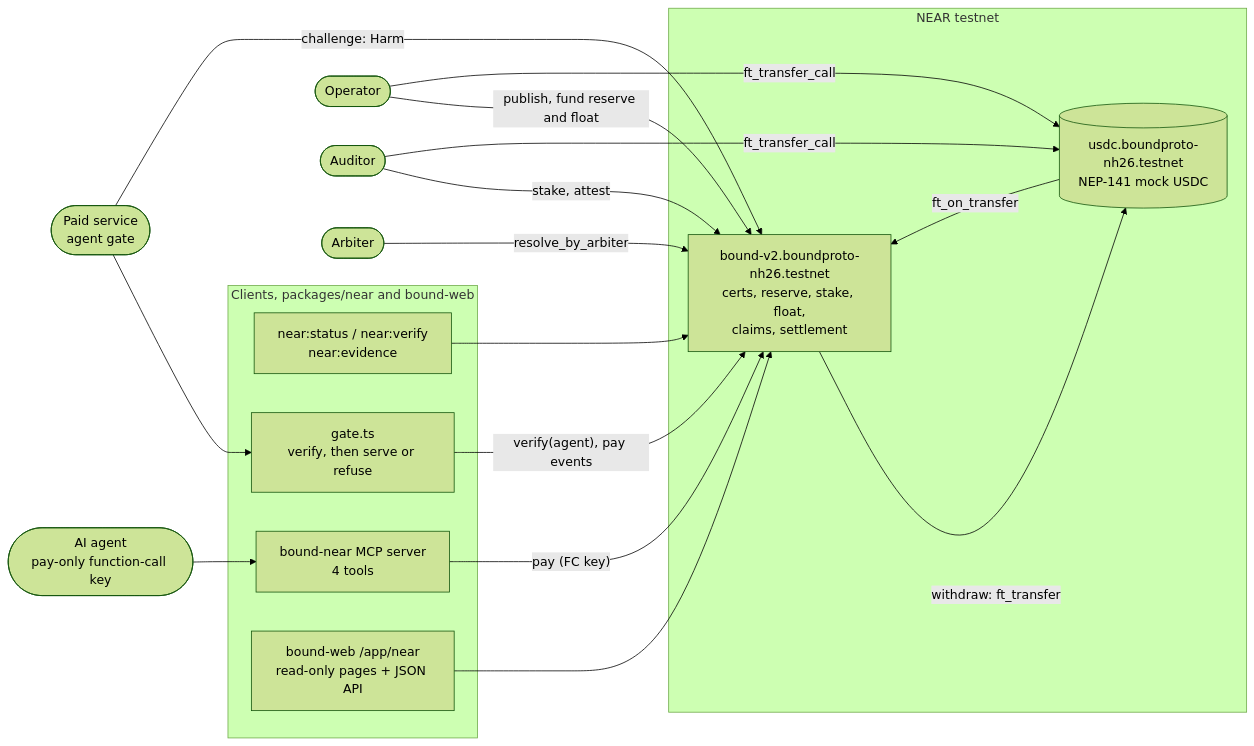
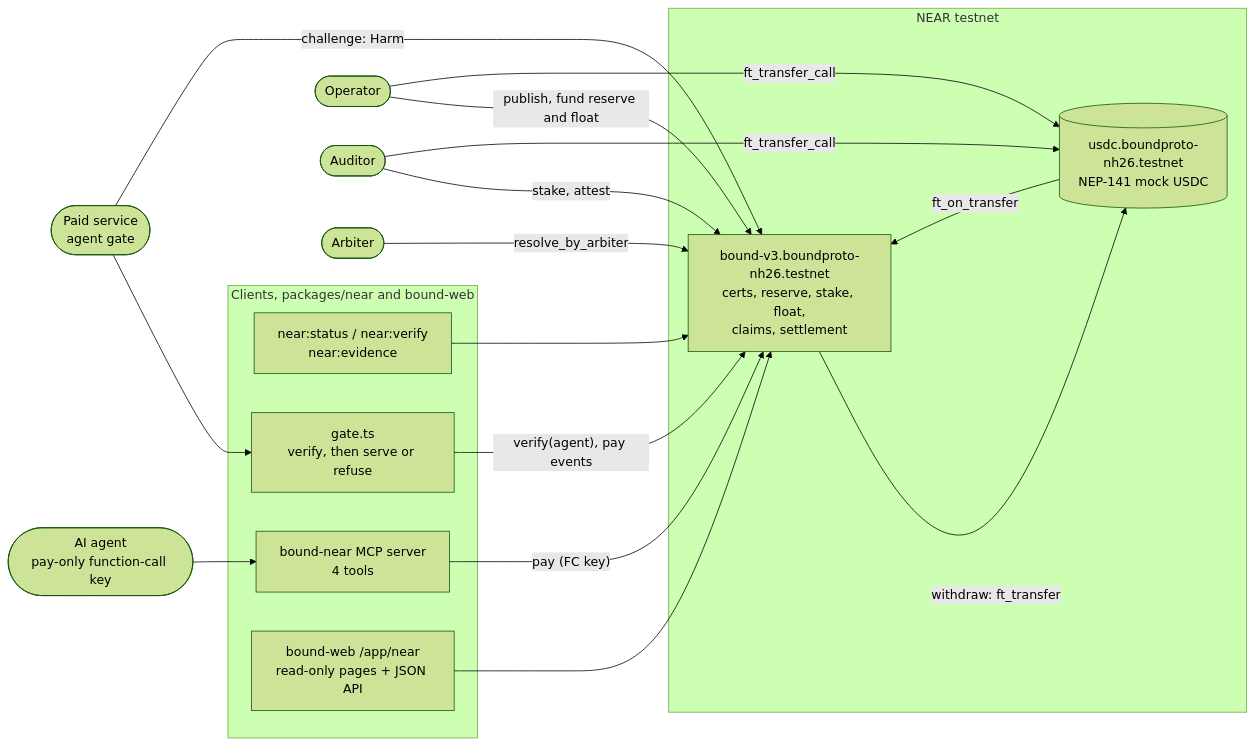
Before and after one commit to iamnotdou/bound: the first of 3 diagrams in README.md, drawn with Mermaid (forest theme). The commit also changed other lines of this file and 2 other files, not shown here.

Commit message:
docs(near): point the readmes and design notes at bound-v3 and run mwfnc6q8

````diff
--- a/README.md
+++ b/README.md
@@ -126,35 +126,35 @@
 ```mermaid
 flowchart LR
   operator([Operator])
   auditor([Auditor])
   agent([AI agent<br/>pay-only function-call key])
   service([Paid service<br/>agent gate])
   arbiter([Arbiter])
 
   subgraph clients["Clients, packages/near and bound-web"]
     cli["near:status / near:verify<br/>near:evidence"]
     mcp["bound-near MCP server<br/>4 tools"]
     gate["gate.ts<br/>verify, then serve or refuse"]
     web["bound-web /app/near<br/>read-only pages + JSON API"]
   end
 
   subgraph near["NEAR testnet"]
-    bound["bound-v2.boundproto-nh26.testnet<br/>certs, reserve, stake, float,<br/>claims, settlement"]
+    bound["bound-v3.boundproto-nh26.testnet<br/>certs, reserve, stake, float,<br/>claims, settlement"]
     usdc[("usdc.boundproto-nh26.testnet<br/>NEP-141 mock USDC")]
   end
 
   operator -- "publish, fund reserve and float" --> bound
   auditor -- "stake, attest" --> bound
   operator -- "ft_transfer_call" --> usdc
   auditor -- "ft_transfer_call" --> usdc
   usdc -- "ft_on_transfer" --> bound
   agent --> mcp
   mcp -- "pay (FC key)" --> bound
   service --> gate
   gate -- "verify(agent), pay events" --> bound
   service -- "challenge: Harm" --> bound
   arbiter -- "resolve_by_arbiter" --> bound
   cli --> bound
   web --> bound
   bound -- "withdraw: ft_transfer" --> usdc
 ```
````
